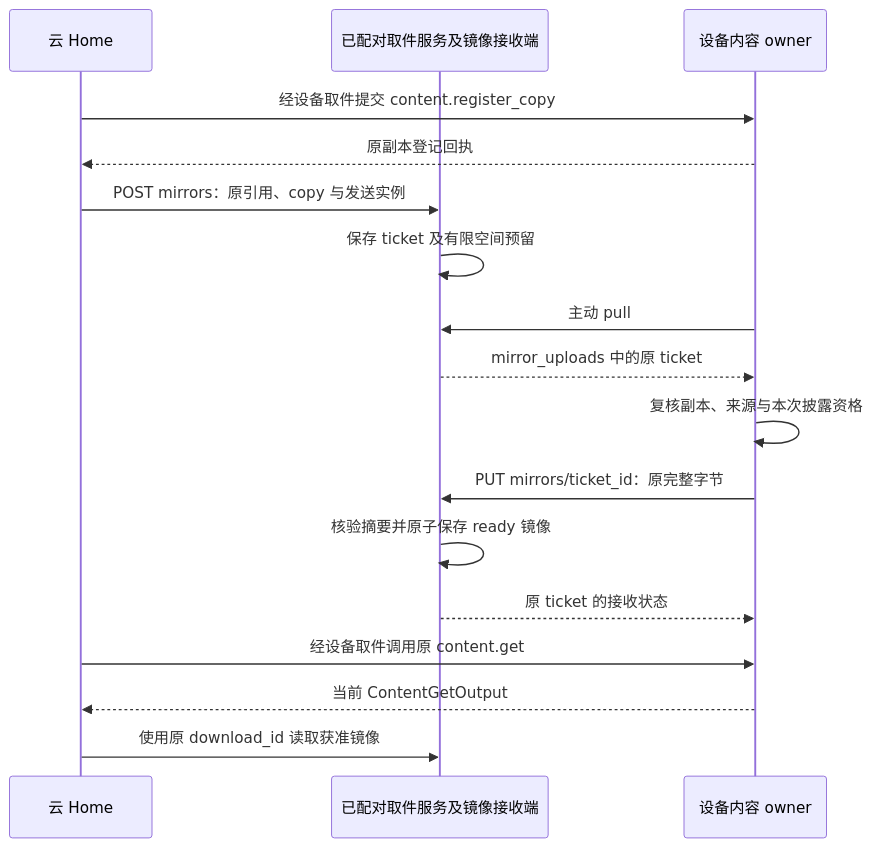
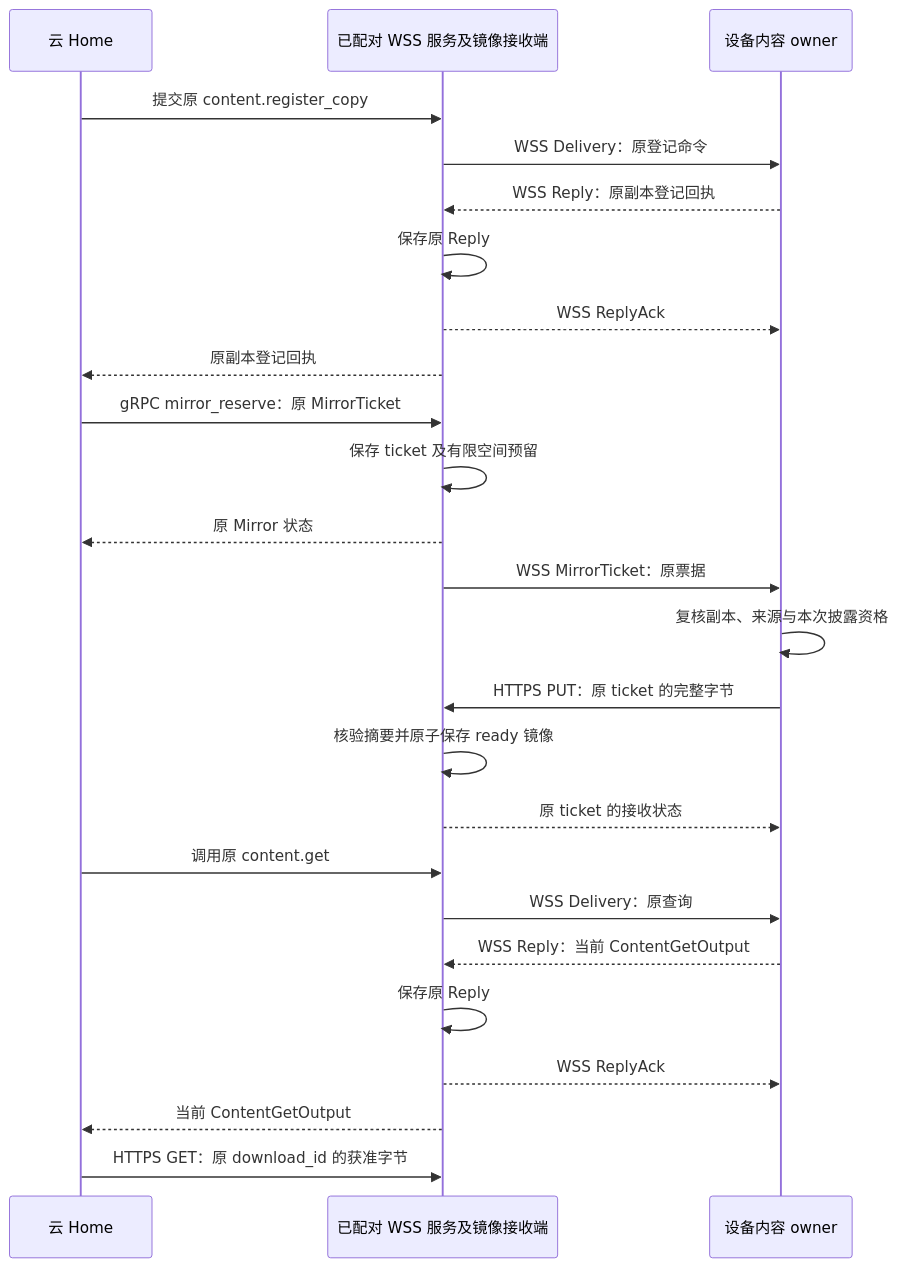
One commit to ruipengliu/lerna changed the sixth of 6 diagrams in docs/architecture/memory/implementation.md. Above: the diagram before and after it, drawn with Mermaid. The commit also changed other lines of this file and 103 other files, not shown here.

Commit message:
docs: expand architecture contracts and UML models

````diff
--- a/docs/architecture/memory/implementation.md
+++ b/docs/architecture/memory/implementation.md
@@ -377,19 +393,27 @@
 ```mermaid
 sequenceDiagram
     participant H as 云 Home
-    participant R as 已配对取件服务及镜像接收端
+    participant R as 已配对 WSS 服务及镜像接收端
     participant O as 设备内容 owner
-    H->>O: 经设备取件提交 content.register_copy
-    O-->>H: 原副本登记回执
-    H->>R: POST mirrors：原引用、copy 与发送实例
+    H->>R: 提交原 content.register_copy
+    R->>O: WSS Delivery：原登记命令
+    O-->>R: WSS Reply：原副本登记回执
+    R->>R: 保存原 Reply
+    R-->>O: WSS ReplyAck
+    R-->>H: 原副本登记回执
+    H->>R: gRPC mirror_reserve：原 MirrorTicket
     R->>R: 保存 ticket 及有限空间预留
-    O->>R: 主动 pull
-    R-->>O: mirror_uploads 中的原 ticket
+    R-->>H: 原 Mirror 状态
+    R->>O: WSS MirrorTicket：原票据
     O->>O: 复核副本、来源与本次披露资格
-    O->>R: PUT mirrors/ticket_id：原完整字节
+    O->>R: HTTPS PUT：原 ticket 的完整字节
     R->>R: 核验摘要并原子保存 ready 镜像
     R-->>O: 原 ticket 的接收状态
-    H->>O: 经设备取件调用原 content.get
-    O-->>H: 当前 ContentGetOutput
-    H->>R: 使用原 download_id 读取获准镜像
+    H->>R: 调用原 content.get
+    R->>O: WSS Delivery：原查询
+    O-->>R: WSS Reply：当前 ContentGetOutput
+    R->>R: 保存原 Reply
+    R-->>O: WSS ReplyAck
+    R-->>H: 当前 ContentGetOutput
+    H->>R: HTTPS GET：原 download_id 的获准字节
 ```
````
